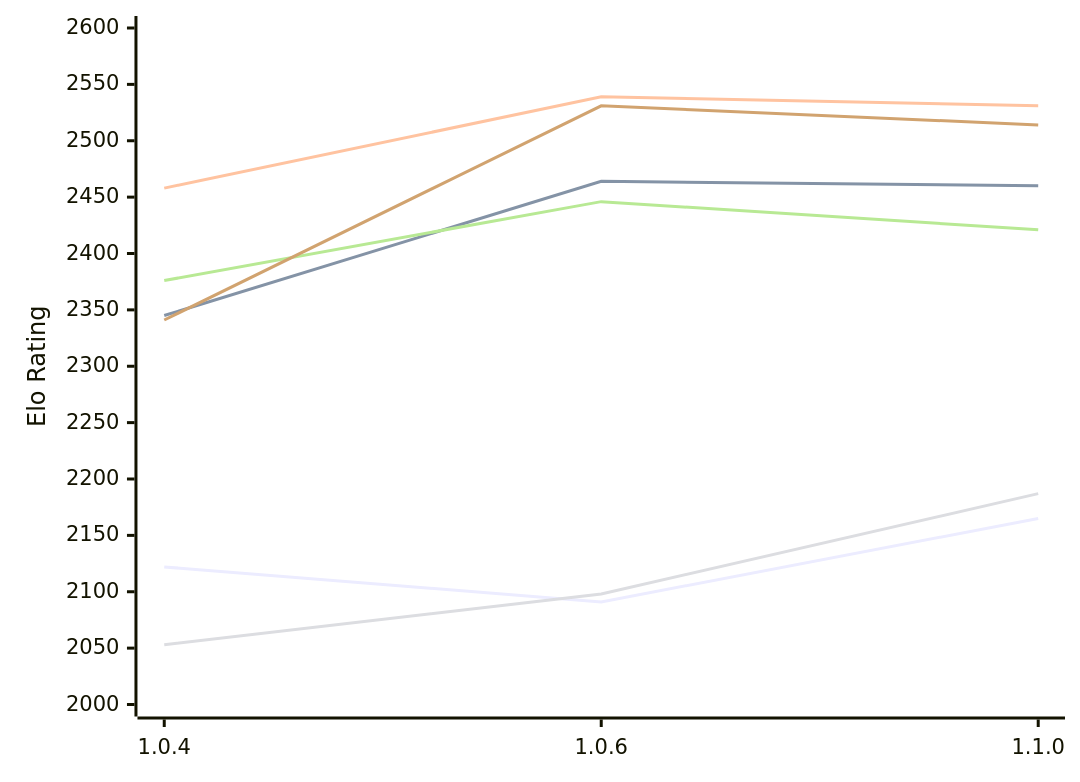
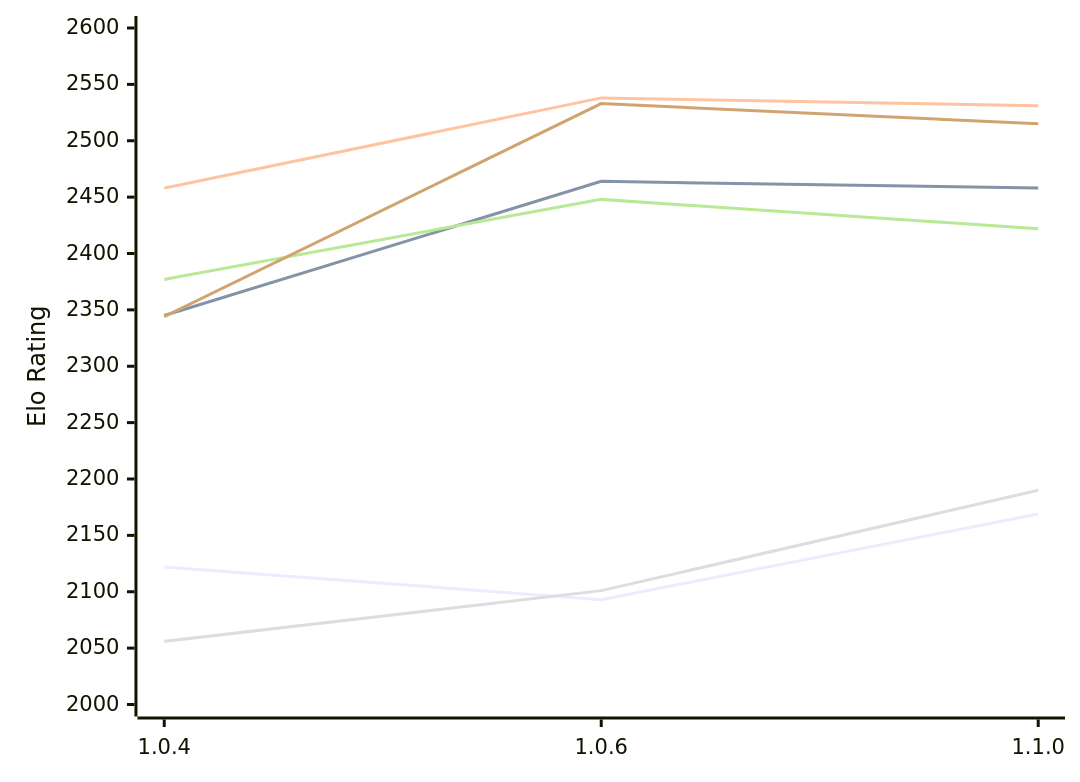
Before and after one commit to computer-chess-index/cci: the diagram in engines/Ankax.md, drawn with Mermaid. The commit also changed other lines of this file, not shown here.

Commit message:
Update CCI Ratings (ELO VLTC) - 2026-11-28

````diff
--- a/engines/Ankax.md
+++ b/engines/Ankax.md
@@ -51,12 +51,12 @@
 ```mermaid
 %%{init: {"theme":"base","themeVariables":{"seriesColors:['#a3a3a3','#222221','#faa371']}}}%%
 xychart-beta
   x-axis ["1.0.4", "1.0.6", "1.1.0"]
   y-axis "Elo Rating" 2000 --> 2600
-  line "E1: STC (8.0+0.08s)" [2122, 2091, 2165]
-  line "E1: LTC (60.0+0.60s)" [2345, 2464, 2460]
-  line "E1: VLTC (2m24s+1.12s)" [2458, 2539, 2531]
-  line "P1: STC (8.0+0.08s)" [2053, 2098, 2187]
-  line "P1: LTC (60.0+0.60s)" [2376, 2446, 2421]
-  line "P1: VLTC (2m24s+1.12s)" [2341, 2531, 2514]
+  line "E1: STC (8.0+0.08s)" [2122, 2093, 2169]
+  line "E1: LTC (60.0+0.60s)" [2345, 2464, 2458]
+  line "E1: VLTC (2m24s+1.12s)" [2458, 2538, 2531]
+  line "P1: STC (8.0+0.08s)" [2056, 2101, 2190]
+  line "P1: LTC (60.0+0.60s)" [2377, 2448, 2422]
+  line "P1: VLTC (2m24s+1.12s)" [2344, 2533, 2515]
 ```
````
